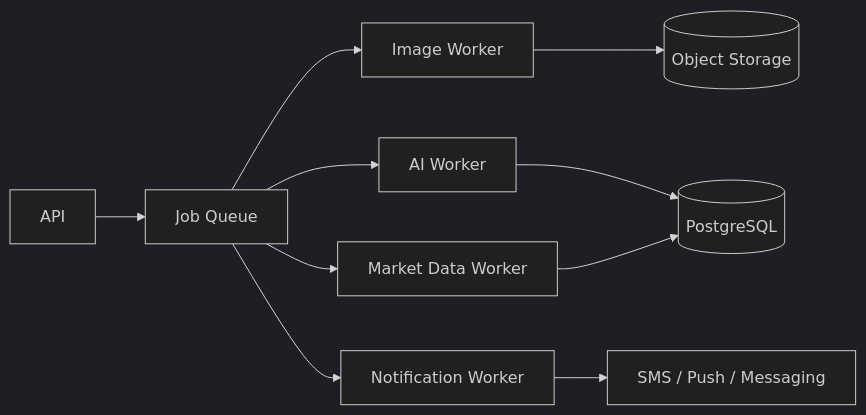
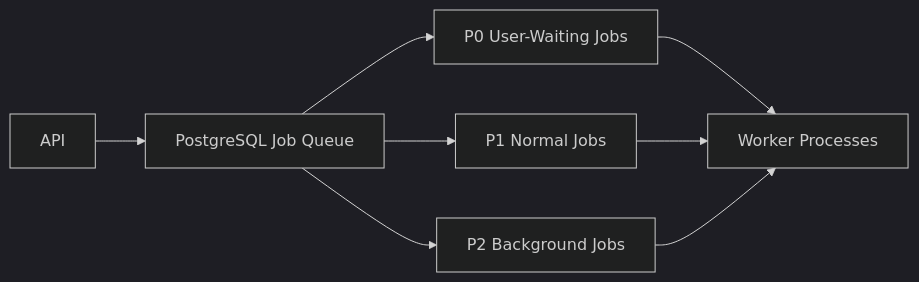
Before and after one commit to LaKsHaY5280/SIH-strat: diagram 12 of 16 in ARCHITECTURE_26090.md, drawn with Mermaid (dark theme). The commit also changed other lines of this file, not shown here.

Commit message:
architecture v2

````diff
--- a/ARCHITECTURE_26090.md
+++ b/ARCHITECTURE_26090.md
@@ -900,12 +1415,12 @@
 ```mermaid
 flowchart LR
-    API["API"] --> Queue["Job Queue"]
-    Queue --> Image["Image Worker"]
-    Queue --> AI["AI Worker"]
-    Queue --> Market["Market Data Worker"]
-    Queue --> Notify["Notification Worker"]
-    Image --> Store[("Object Storage")]
-    AI --> DB[("PostgreSQL")]
-    Market --> DB
-    Notify --> External["SMS / Push / Messaging"]
+    API["API"] --> Queue["PostgreSQL Job Queue"]
+
+    Queue --> P0["P0 User-Waiting Jobs"]
+    Queue --> P1["P1 Normal Jobs"]
+    Queue --> P2["P2 Background Jobs"]
+
+    P0 --> Workers["Worker Processes"]
+    P1 --> Workers
+    P2 --> Workers
 ```
````
